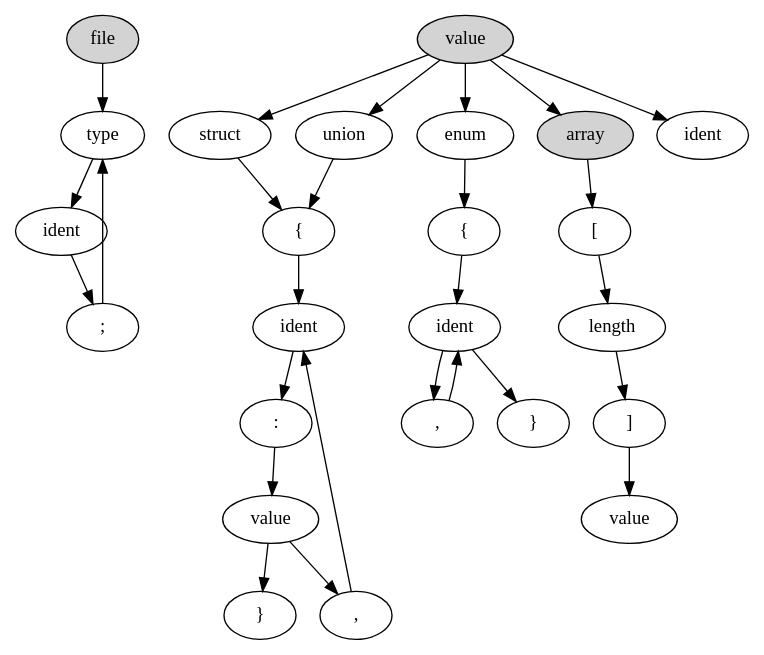
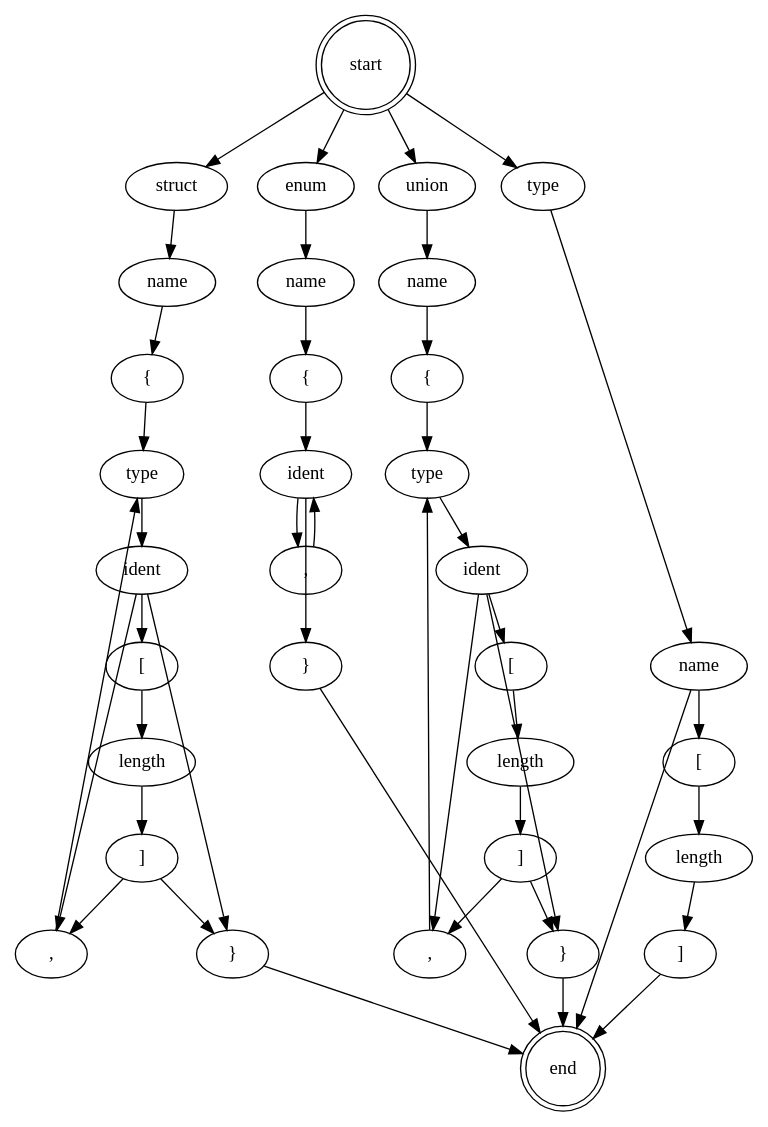
Before and after one commit to rglKali/evtdb: the diagram in src/parsers/clike.dot, drawn with Graphviz. The commit also changed 2 other files, not shown here.

```diff
--- a/src/parsers/clike.dot
+++ b/src/parsers/clike.dot
@@ -1,68 +1,96 @@
 digraph G {
     splines = "FALSE";
 
-    subgraph File {
-        f_file [style = filled;label = "file";];
-        f_type [label = "type";];
-        f_ident [label = "ident";];
-        f_terminator [label = ";";];
+    start [label = "start"; shape = "doublecircle";];
+    end [label = "end"; shape = "doublecircle";];
 
-        f_file -> f_type;
-        f_type -> f_ident;
-        f_ident -> f_terminator;
-        f_terminator -> f_type;
+    subgraph struct {
+        struct_label [label = "struct";];
+        struct_name [label = "name";];
+        struct_lbrace [label = "{";];
+        struct_type [label = "type";];
+        struct_ident [label = "ident";];
+        struct_lbracket [label = "[";];
+        struct_length [label = "length";];
+        struct_rbracket [label = "]";];
+        struct_comma [label = ",";];
+        struct_rbrace [label = "}";];
+
+        start -> struct_label;
+        struct_label -> struct_name;
+        struct_name -> struct_lbrace;
+        struct_lbrace -> struct_type;
+        struct_type -> struct_ident;
+        struct_ident -> struct_lbracket;
+        struct_lbracket -> struct_length;
+        struct_length -> struct_rbracket;
+        struct_rbracket -> struct_comma;
+        struct_ident -> struct_comma;
+        struct_comma -> struct_type;
+        struct_rbracket -> struct_rbrace;
+        struct_ident -> struct_rbrace;
+        struct_rbrace -> end;
     }
 
-    subgraph Value {
-        v_value [label = "value";style = filled;];
-        v_struct [label = "struct";];
-        v_union [label = "union";];
-        v_enum [label = "enum";];
-        v_array [label = "array";style = filled;];
-        v_ident [label = "ident";];
+    subgraph union {
+        union_label [label = "union";];
+        union_name [label = "name";];
+        union_lbrace [label = "{";];
+        union_type [label = "type";];
+        union_ident [label = "ident";];
+        union_lbracket [label = "[";];
+        union_length [label = "length";];
+        union_rbracket [label = "]";];
+        union_comma [label = ",";];
+        union_rbrace [label = "}";];
 
-        vsu_lbrace [label = "{";];
-        vsu_ident [label = "ident";];
-        vsu_colon [label = ":";];
-        vsu_value [label = "value";];
-        vsu_comma [label = ",";];
-        vsu_rbrace [label = "}";];
+        start -> union_label;
+        union_label -> union_name;
+        union_name -> union_lbrace;
+        union_lbrace -> union_type;
+        union_type -> union_ident;
+        union_ident -> union_lbracket;
+        union_lbracket -> union_length;
+        union_length -> union_rbracket;
+        union_rbracket -> union_comma;
+        union_ident -> union_comma;
+        union_comma -> union_type;
+        union_rbracket -> union_rbrace;
+        union_ident -> union_rbrace;
+        union_rbrace -> end;
+    }
 
-        e_lbrace [label = "{";];
-        e_ident [label = "ident";];
-        e_comma [label = ",";];
-        e_rbrace [label = "}";];
+    subgraph enum {
+        enum_label [label = "enum";];
+        enum_name [label = "name";];
+        enum_lbrace [label = "{";];
+        enum_ident [label = "ident";];
+        enum_comma [label = ",";];
+        enum_rbrace [label = "}";];
 
-        va_lbrack [label = "[";];
-        va_rbrack [label = "]";];
-        va_length [label = "length";];
-        va_value [label = "value";];
+        start -> enum_label;
+        enum_label -> enum_name;
+        enum_name -> enum_lbrace;
+        enum_lbrace -> enum_ident;
+        enum_ident -> enum_comma;
+        enum_comma -> enum_ident;
+        enum_ident -> enum_rbrace;
+        enum_rbrace -> end;
+    }
 
-        v_value -> v_struct;
-        v_value -> v_union;
-        v_value -> v_enum;
-        v_value -> v_array;
+    subgraph type {
+        type_label [label = "type";];
+        type_name [label = "name";];
+        type_lbracket [label = "[";];
+        type_length [label = "length";];
+        type_rbracket [label = "]";];
 
-        v_struct -> vsu_lbrace;
-        v_union -> vsu_lbrace;
-        vsu_lbrace -> vsu_ident;
-        vsu_ident -> vsu_colon;
-        vsu_colon -> vsu_value;
-        vsu_value -> vsu_comma;
-        vsu_comma -> vsu_ident;
-        vsu_value -> vsu_rbrace;
-
-        v_enum -> e_lbrace;
-        e_lbrace -> e_ident;
-        e_ident -> e_comma;
-        e_comma -> e_ident;
-        e_ident -> e_rbrace;
-
-        v_array -> va_lbrack;
-        va_lbrack -> va_length;
-        va_length -> va_rbrack;
-        va_rbrack -> va_value;
-
-        v_value -> v_ident;
+        start -> type_label;
+        type_label -> type_name;
+        type_name -> type_lbracket;
+        type_lbracket -> type_length;
+        type_length -> type_rbracket;
+        type_name -> end;
+        type_rbracket -> end;
     }
 }
```
